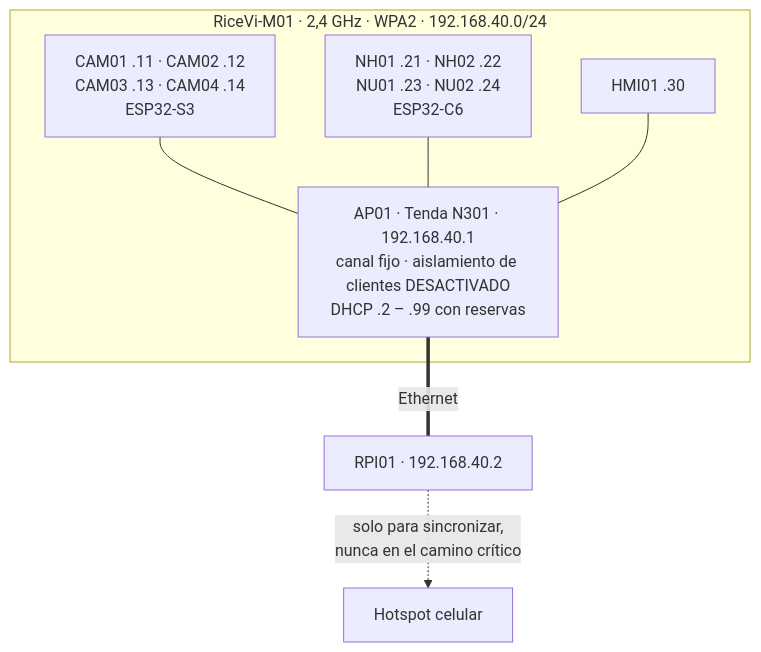
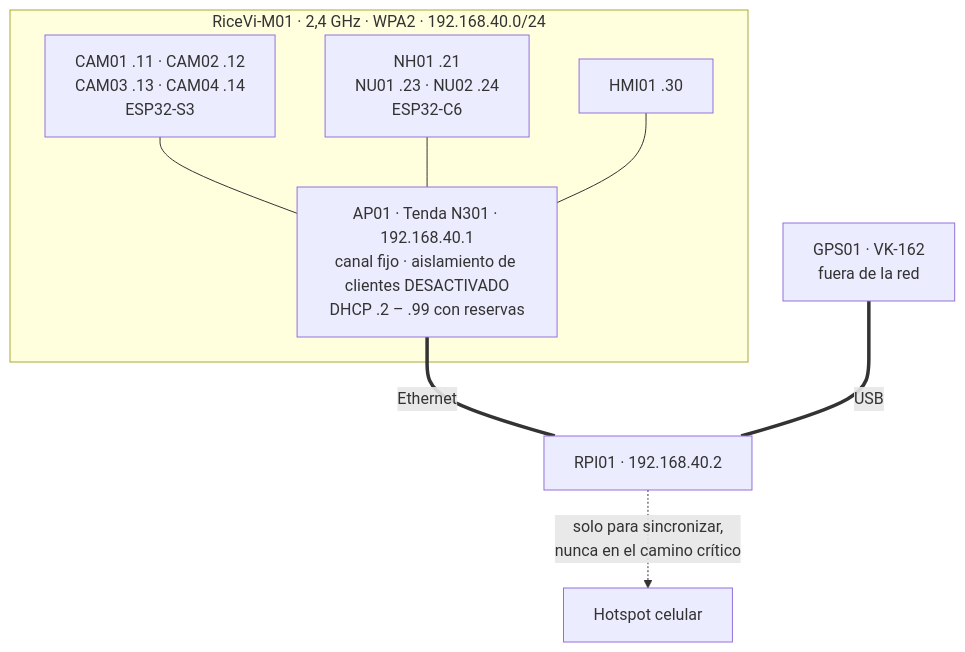
Before and after one commit to Camilo1408/config-ricevi: the diagram in docs/diagramas/05-red.mmd, drawn with Mermaid. The commit also changed 49 other files, not shown here.

```diff
--- a/docs/diagramas/05-red.mmd
+++ b/docs/diagramas/05-red.mmd
@@ -1,9 +1,10 @@
 flowchart TD
   subgraph LAN["RiceVi-M01 · 2,4 GHz · WPA2 · 192.168.40.0/24"]
     AP["AP01 · Tenda N301 · 192.168.40.1<br/>canal fijo · aislamiento de clientes DESACTIVADO<br/>DHCP .2 – .99 con reservas"]
     CAMS["CAM01 .11 · CAM02 .12<br/>CAM03 .13 · CAM04 .14<br/>ESP32-S3"] --- AP
-    SENS["NH01 .21 · NH02 .22<br/>NU01 .23 · NU02 .24<br/>ESP32-C6"] --- AP
+    SENS["NH01 .21<br/>NU01 .23 · NU02 .24<br/>ESP32-C6"] --- AP
     UI["HMI01 .30"] --- AP
   end
   AP ===|"Ethernet"| RPI["RPI01 · 192.168.40.2"]
+  GPS["GPS01 · VK-162<br/>fuera de la red"] ===|"USB"| RPI
   RPI -.->|"solo para sincronizar,<br/>nunca en el camino crítico"| W["Hotspot celular"]
```
